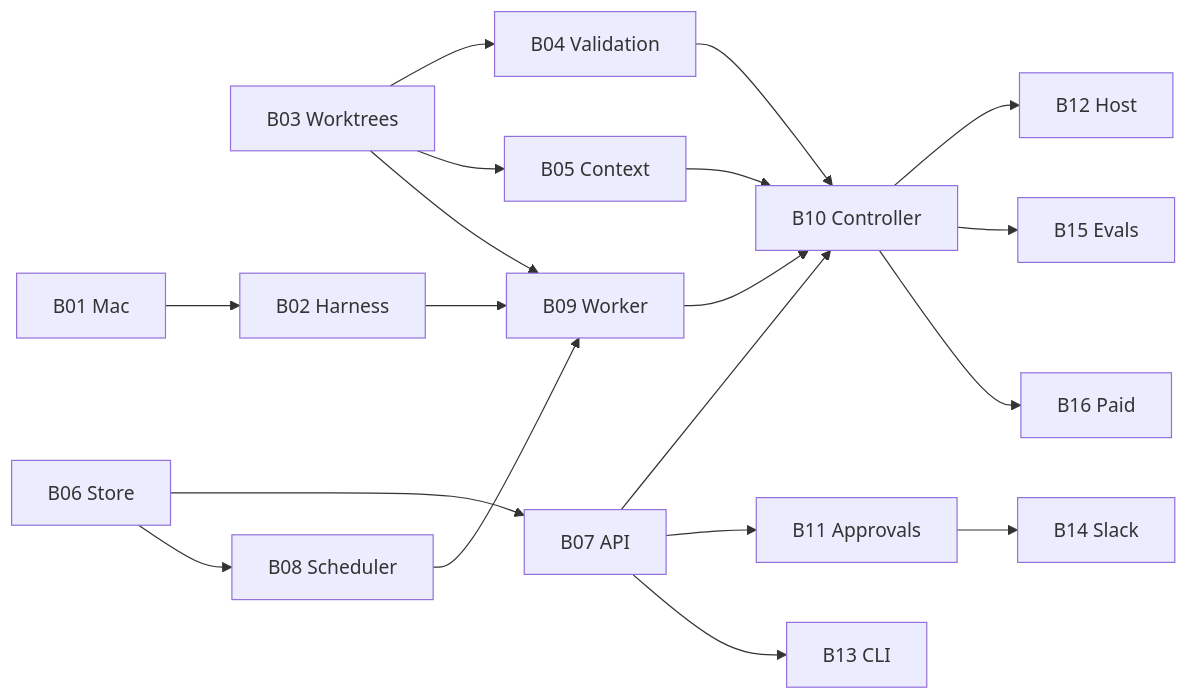
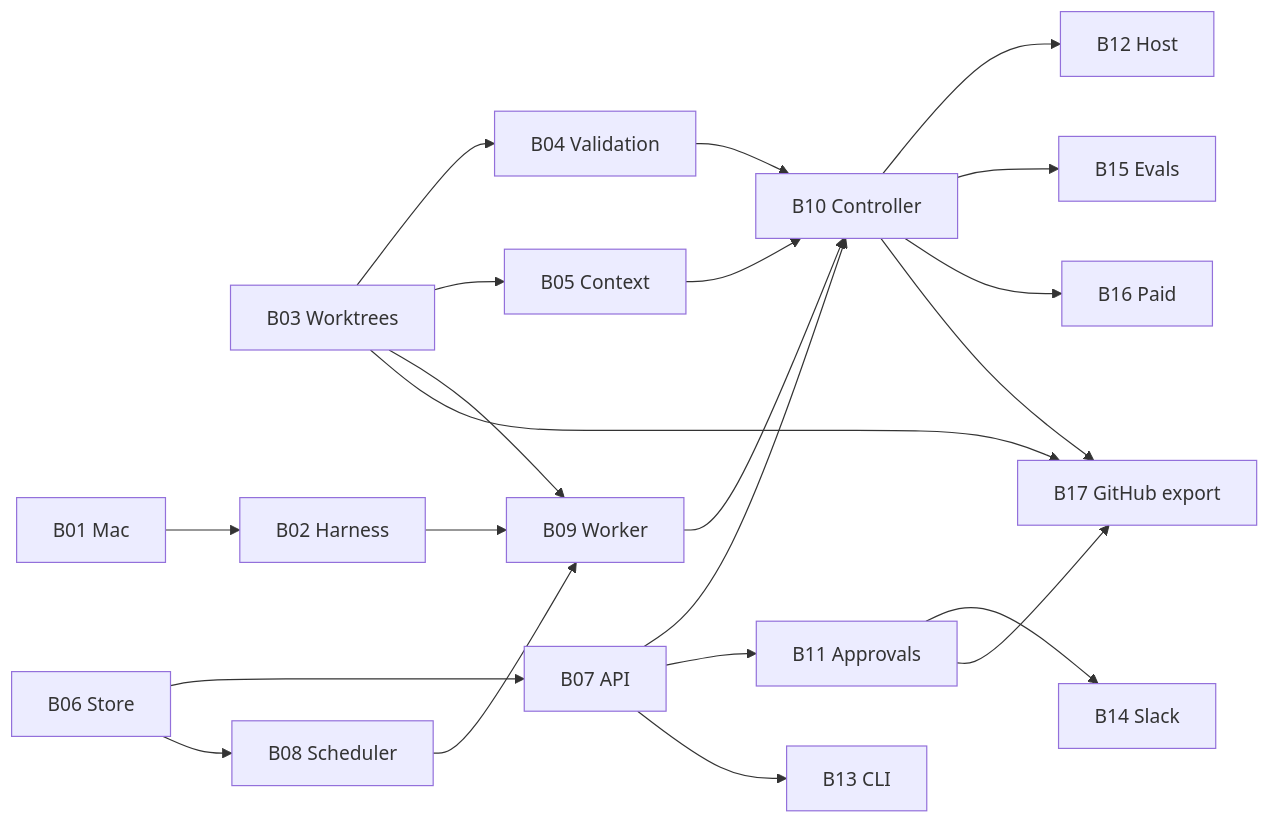
The diagram in docs/backlog/README.md (MajestaNet/two), drawn with Mermaid before and after one commit. The commit also changed other lines of this file and 24 other files, not shown here.

First line of the commit message:
docs: add ADR 0012 GitHub App export adapter (#28)

````diff
--- a/docs/backlog/README.md
+++ b/docs/backlog/README.md
@@ -64,37 +67,41 @@
 ```mermaid
 flowchart LR
   B01[B01 Mac]
   B03[B03 Worktrees]
   B06[B06 Store]
   B02[B02 Harness]
   B04[B04 Validation]
   B05[B05 Context]
   B07[B07 API]
   B08[B08 Scheduler]
   B09[B09 Worker]
   B10[B10 Controller]
   B11[B11 Approvals]
   B13[B13 CLI]
   B12[B12 Host]
   B14[B14 Slack]
   B15[B15 Evals]
   B16[B16 Paid]
+  B17[B17 GitHub export]
   B01 --> B02
   B03 --> B04
   B03 --> B05
   B06 --> B07
   B06 --> B08
   B02 --> B09
   B03 --> B09
   B08 --> B09
   B04 --> B10
   B05 --> B10
   B07 --> B10
   B09 --> B10
   B07 --> B11
   B10 --> B12
   B07 --> B13
   B11 --> B14
   B10 --> B15
   B10 --> B16
+  B03 --> B17
+  B10 --> B17
+  B11 --> B17
 ```
````
